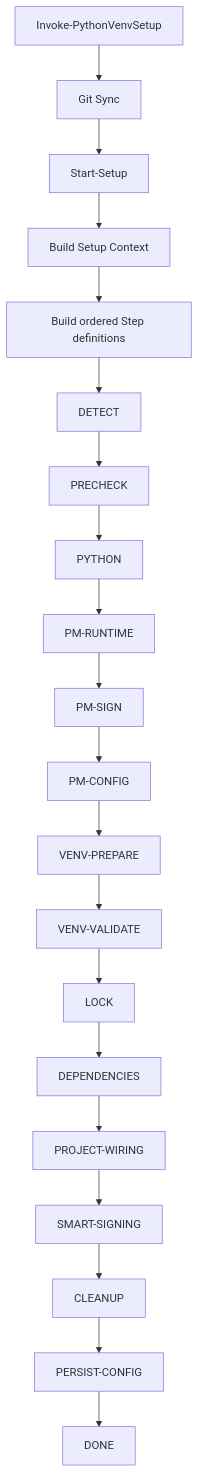
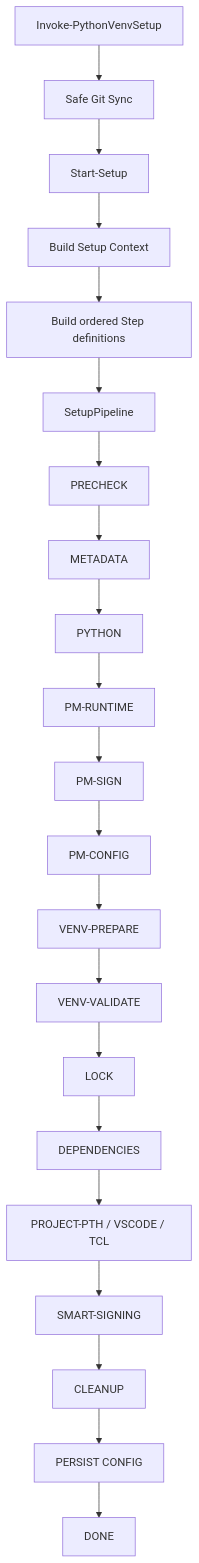
One commit to hadiibrahim-Engin/python_venv_Automation changed the diagram in PythonVenvAutomation/docs/PHASE2_ARCHITECTURE.md. Above: the diagram before and after it, drawn with Mermaid. The commit also changed other lines of this file, not shown here.

Commit message:
docs: mark phase 2 architecture migration complete

````diff
--- a/PythonVenvAutomation/docs/PHASE2_ARCHITECTURE.md
+++ b/PythonVenvAutomation/docs/PHASE2_ARCHITECTURE.md
@@ -107,24 +17,23 @@
 ```mermaid
 flowchart TD
-    A[Invoke-PythonVenvSetup] --> B[Git Sync]
+    A[Invoke-PythonVenvSetup] --> B[Safe Git Sync]
     B --> C[Start-Setup]
-
     C --> D[Build Setup Context]
     D --> E[Build ordered Step definitions]
-
-    E --> F[DETECT]
+    E --> F[SetupPipeline]
     F --> G[PRECHECK]
-    G --> H[PYTHON]
-    H --> I[PM-RUNTIME]
-    I --> J[PM-SIGN]
-    J --> K[PM-CONFIG]
-    K --> L[VENV-PREPARE]
-    L --> M[VENV-VALIDATE]
-    M --> N[LOCK]
-    N --> O[DEPENDENCIES]
-    O --> P[PROJECT-WIRING]
-    P --> Q[SMART-SIGNING]
-    Q --> R[CLEANUP]
-    R --> S[PERSIST-CONFIG]
-    S --> T[DONE]
+    G --> H[METADATA]
+    H --> I[PYTHON]
+    I --> J[PM-RUNTIME]
+    J --> K[PM-SIGN]
+    K --> L[PM-CONFIG]
+    L --> M[VENV-PREPARE]
+    M --> N[VENV-VALIDATE]
+    N --> O[LOCK]
+    O --> P[DEPENDENCIES]
+    P --> Q[PROJECT-PTH / VSCODE / TCL]
+    Q --> R[SMART-SIGNING]
+    R --> S[CLEANUP]
+    S --> T[PERSIST CONFIG]
+    T --> U[DONE]
 ```
````
